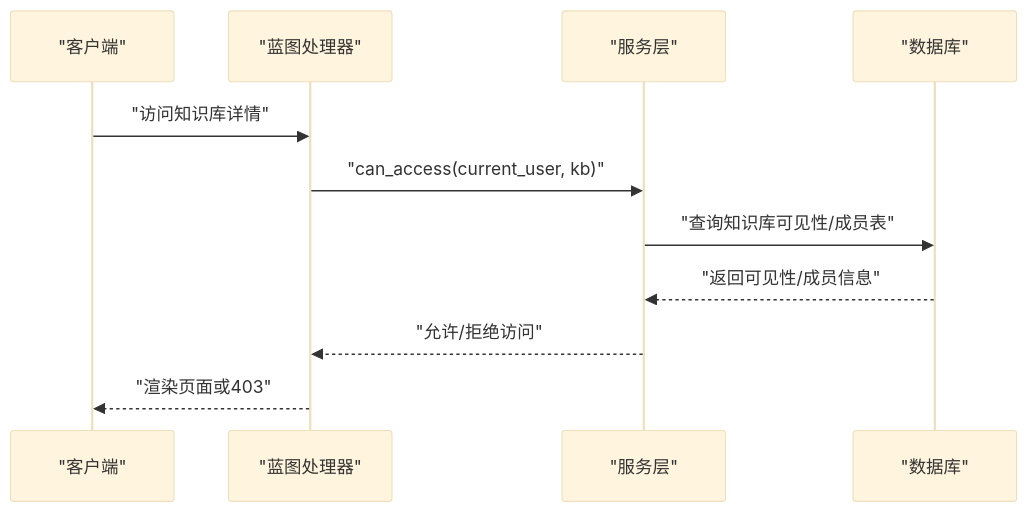
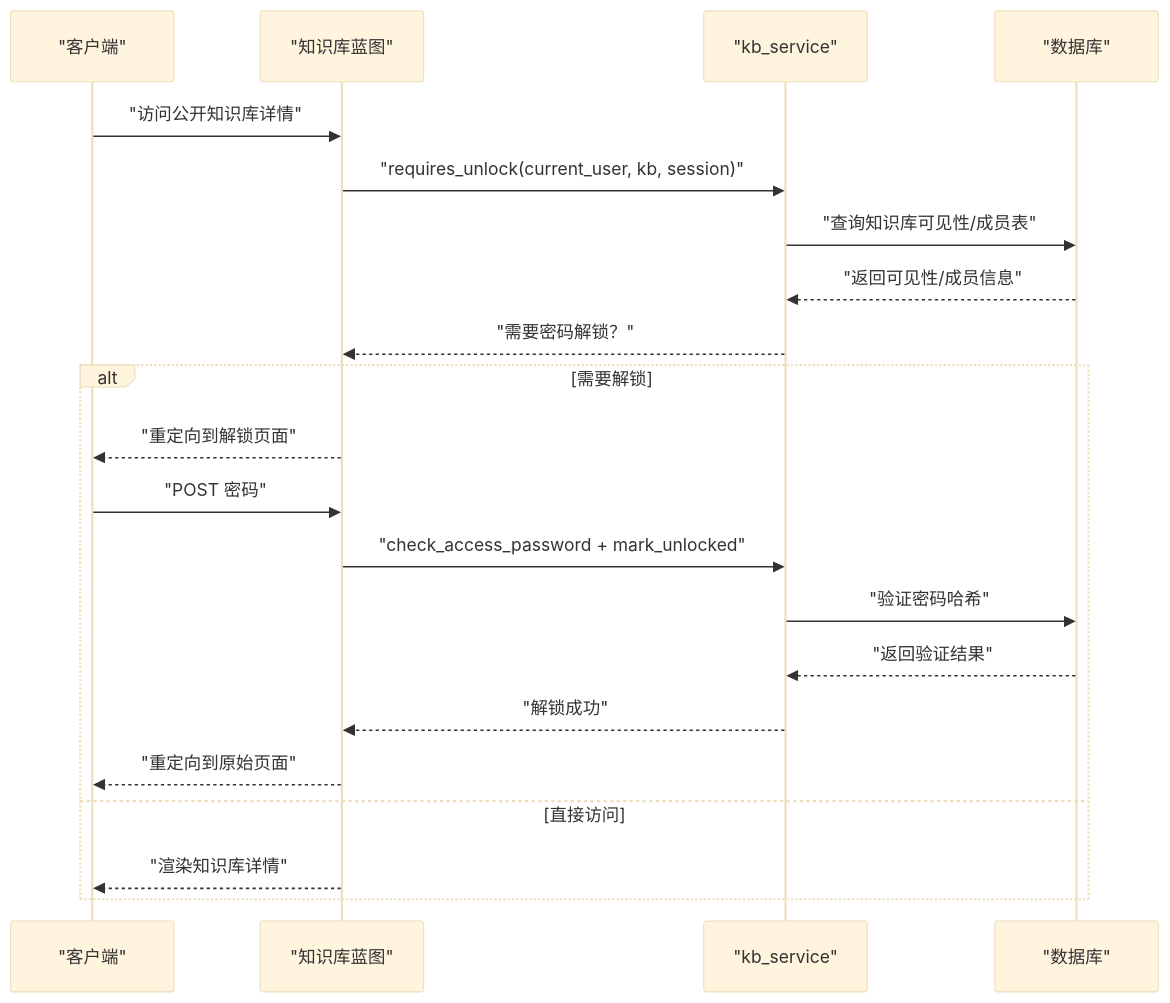
Before and after one commit to beyondalbert/my_wiki: the second of 8 diagrams in .qoder/repowiki/zh/content/核心模块/知识库管理模块/权限控制与访问管理.md, drawn with Mermaid (base theme). The commit also changed other lines of this file and 4 other files, not shown here.

````diff
--- a/.qoder/repowiki/zh/content/核心模块/知识库管理模块/权限控制与访问管理.md
+++ b/.qoder/repowiki/zh/content/核心模块/知识库管理模块/权限控制与访问管理.md
@@ -139,13 +149,23 @@
 ```mermaid
 sequenceDiagram
 participant C as "客户端"
-participant BP as "蓝图处理器"
-participant SVC as "服务层"
+participant BP as "知识库蓝图"
+participant SVC as "kb_service"
 participant DB as "数据库"
-C->>BP : "访问知识库详情"
-BP->>SVC : "can_access(current_user, kb)"
+C->>BP : "访问公开知识库详情"
+BP->>SVC : "requires_unlock(current_user, kb, session)"
 SVC->>DB : "查询知识库可见性/成员表"
 DB-->>SVC : "返回可见性/成员信息"
-SVC-->>BP : "允许/拒绝访问"
-BP-->>C : "渲染页面或403"
+SVC-->>BP : "需要密码解锁？"
+alt 需要解锁
+BP-->>C : "重定向到解锁页面"
+C->>BP : "POST 密码"
+BP->>SVC : "check_access_password + mark_unlocked"
+SVC->>DB : "验证密码哈希"
+DB-->>SVC : "返回验证结果"
+SVC-->>BP : "解锁成功"
+BP-->>C : "重定向到原始页面"
+else 直接访问
+BP-->>C : "渲染知识库详情"
+end
 ```
````
